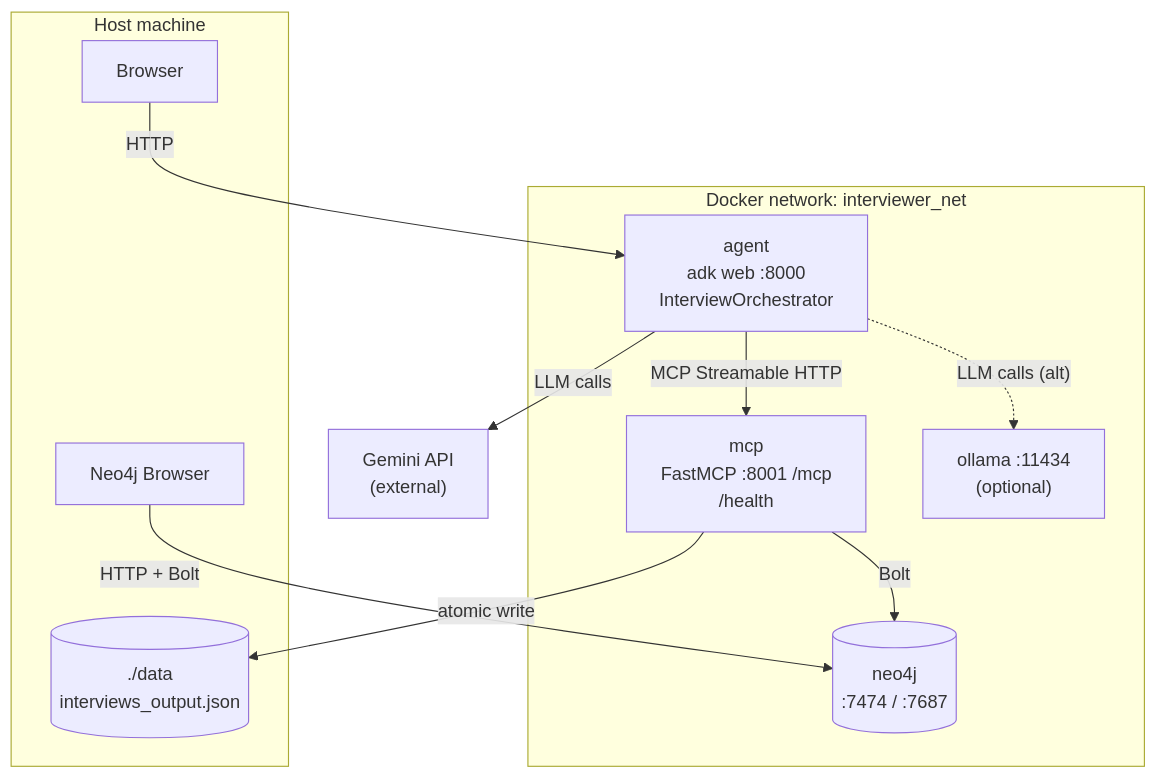
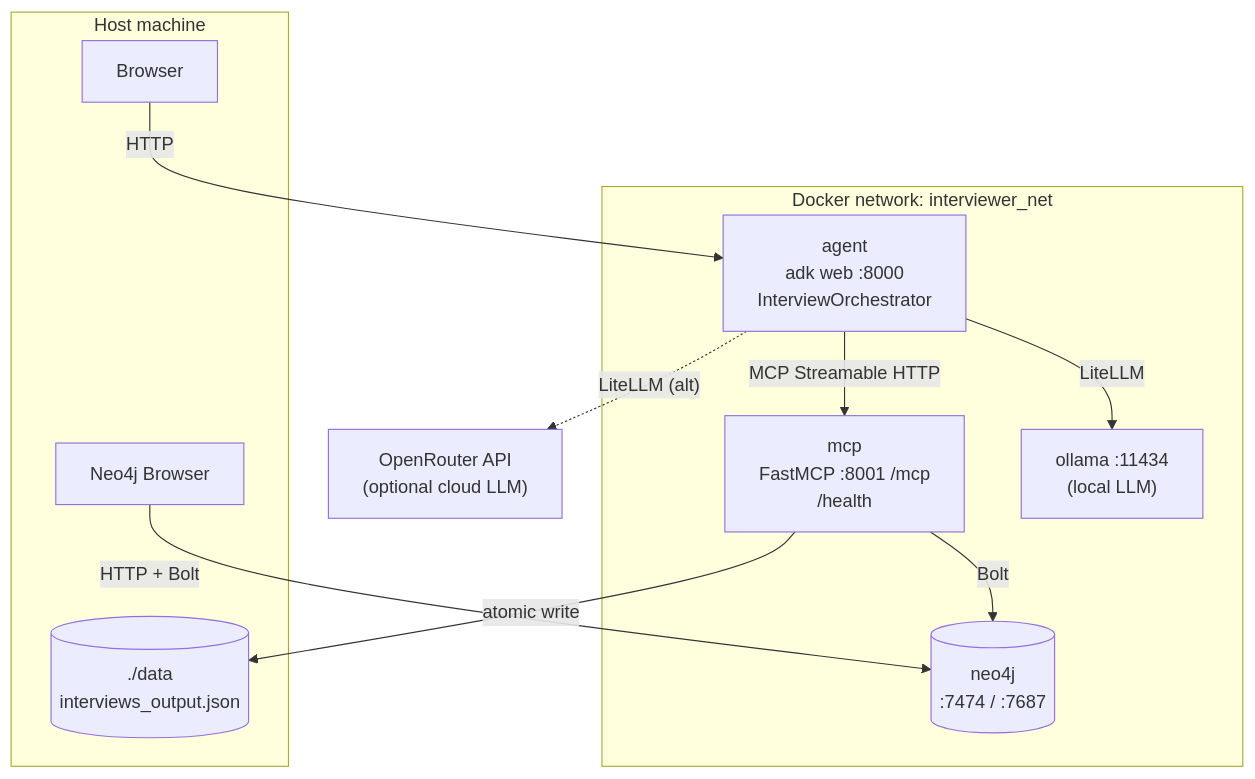
The first of 2 diagrams in .agents/ARCHITECTURE.md (GrigorasVictor/ai-interviewer), drawn with Mermaid before and after one commit. The commit also changed other lines of this file and 27 other files, not shown here.

````diff
--- a/.agents/ARCHITECTURE.md
+++ b/.agents/ARCHITECTURE.md
@@ -22,25 +22,25 @@
 ```mermaid
 flowchart TB
     subgraph host["Host machine"]
         B["Browser"]
         NB["Neo4j Browser"]
         DATA[("./data<br/>interviews_output.json")]
     end
 
     subgraph net["Docker network: interviewer_net"]
         AG["agent<br/>adk web :8000<br/>InterviewOrchestrator"]
         MC["mcp<br/>FastMCP :8001 /mcp<br/>/health"]
         NJ[("neo4j<br/>:7474 / :7687")]
-        OL["ollama :11434<br/>(optional)"]
+        OL["ollama :11434<br/>(local LLM)"]
     end
 
-    GEM["Gemini API<br/>(external)"]
+    OR["OpenRouter API<br/>(optional cloud LLM)"]
 
     B -->|"HTTP"| AG
     NB -->|"HTTP + Bolt"| NJ
     AG -->|"MCP Streamable HTTP"| MC
-    AG -->|"LLM calls"| GEM
-    AG -.->|"LLM calls (alt)"| OL
+    AG -->|"LiteLLM"| OL
+    AG -.->|"LiteLLM (alt)"| OR
     MC -->|"Bolt"| NJ
     MC -->|"atomic write"| DATA
 ```
````
